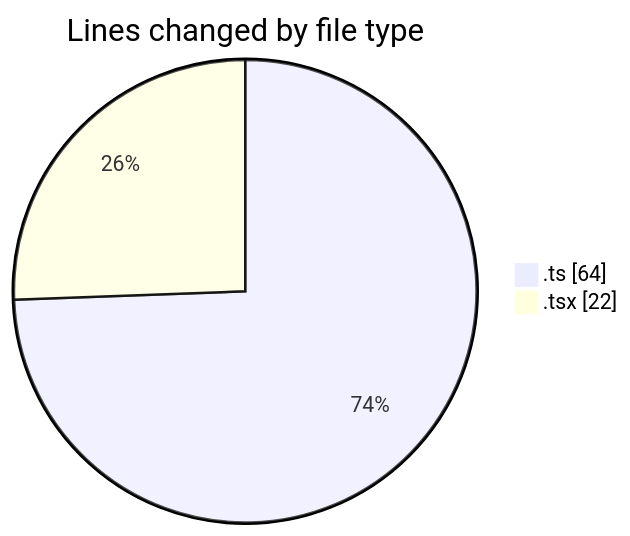
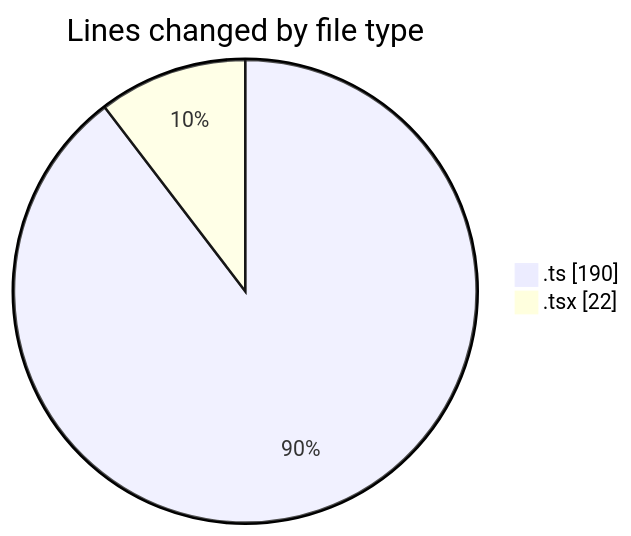
The first of 2 diagrams in 2025-01-23/mbc-web/README.md (robertbonfada/code-tracking), drawn with Mermaid before and after one commit. The commit also changed other lines of this file and 1 other file, not shown here.

````diff
--- a/2025-01-23/mbc-web/README.md
+++ b/2025-01-23/mbc-web/README.md
@@ -25,6 +25,6 @@
 ```mermaid
 pie showData
 title Lines changed by file type
-".ts" : 64
+".ts" : 190
 ".tsx" : 22
 ```
````
